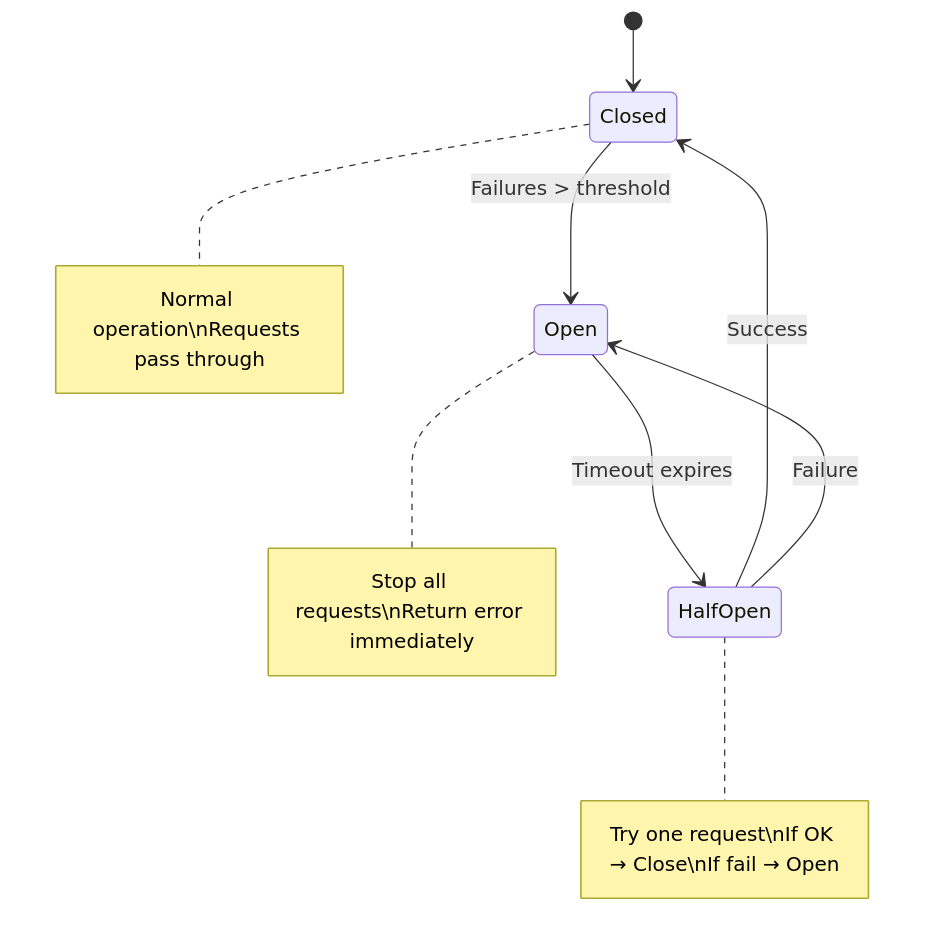
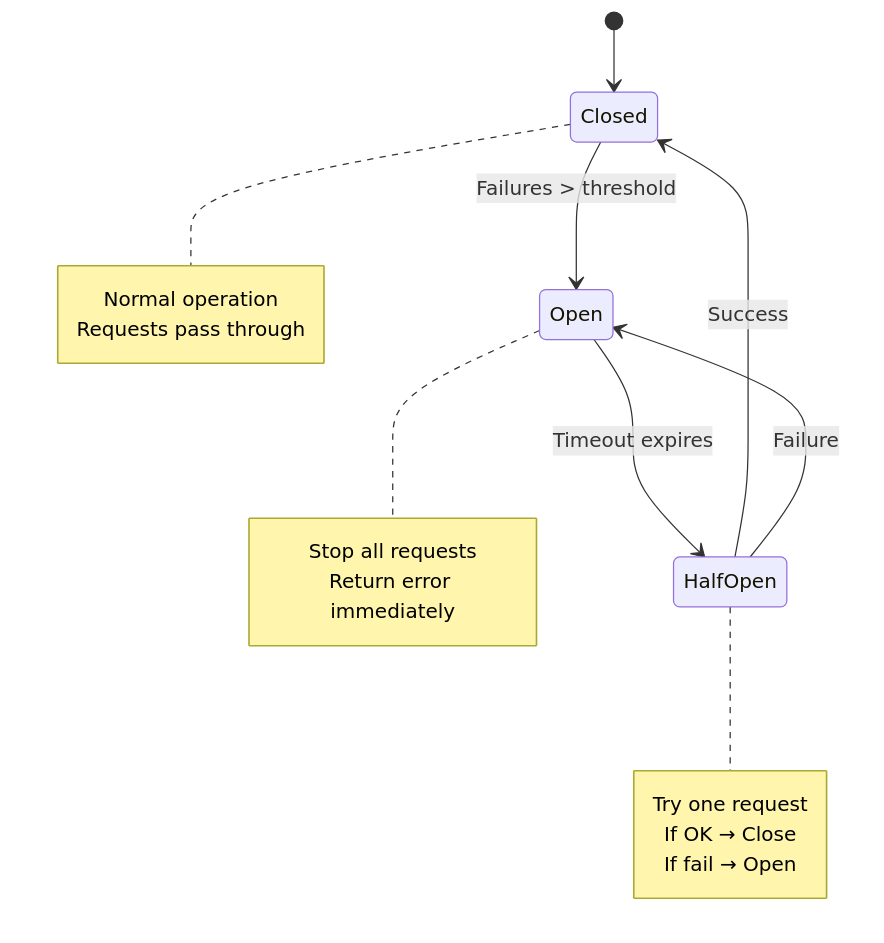
One commit to roie9876/AI-Agent-Platform changed diagram 15 of 21 in education/en/13-scalability.md. Above: the diagram before and after it, drawn with Mermaid. The commit also changed other lines of this file and 27 other files, not shown here.

First line of the commit message:
fix: replace \n with <br/> in mermaid diagrams for proper line break rendering

````diff
--- a/education/en/13-scalability.md
+++ b/education/en/13-scalability.md
@@ -322,12 +322,12 @@
 ```mermaid
 stateDiagram-v2
     [*] --> Closed
     Closed --> Open: Failures > threshold
     Open --> HalfOpen: Timeout expires
     HalfOpen --> Closed: Success
     HalfOpen --> Open: Failure
     
-    note right of Closed: Normal operation\nRequests pass through
-    note right of Open: Stop all requests\nReturn error immediately
-    note right of HalfOpen: Try one request\nIf OK → Close\nIf fail → Open
+    note right of Closed: Normal operation<br/>Requests pass through
+    note right of Open: Stop all requests<br/>Return error immediately
+    note right of HalfOpen: Try one request<br/>If OK → Close<br/>If fail → Open
 ```
````
